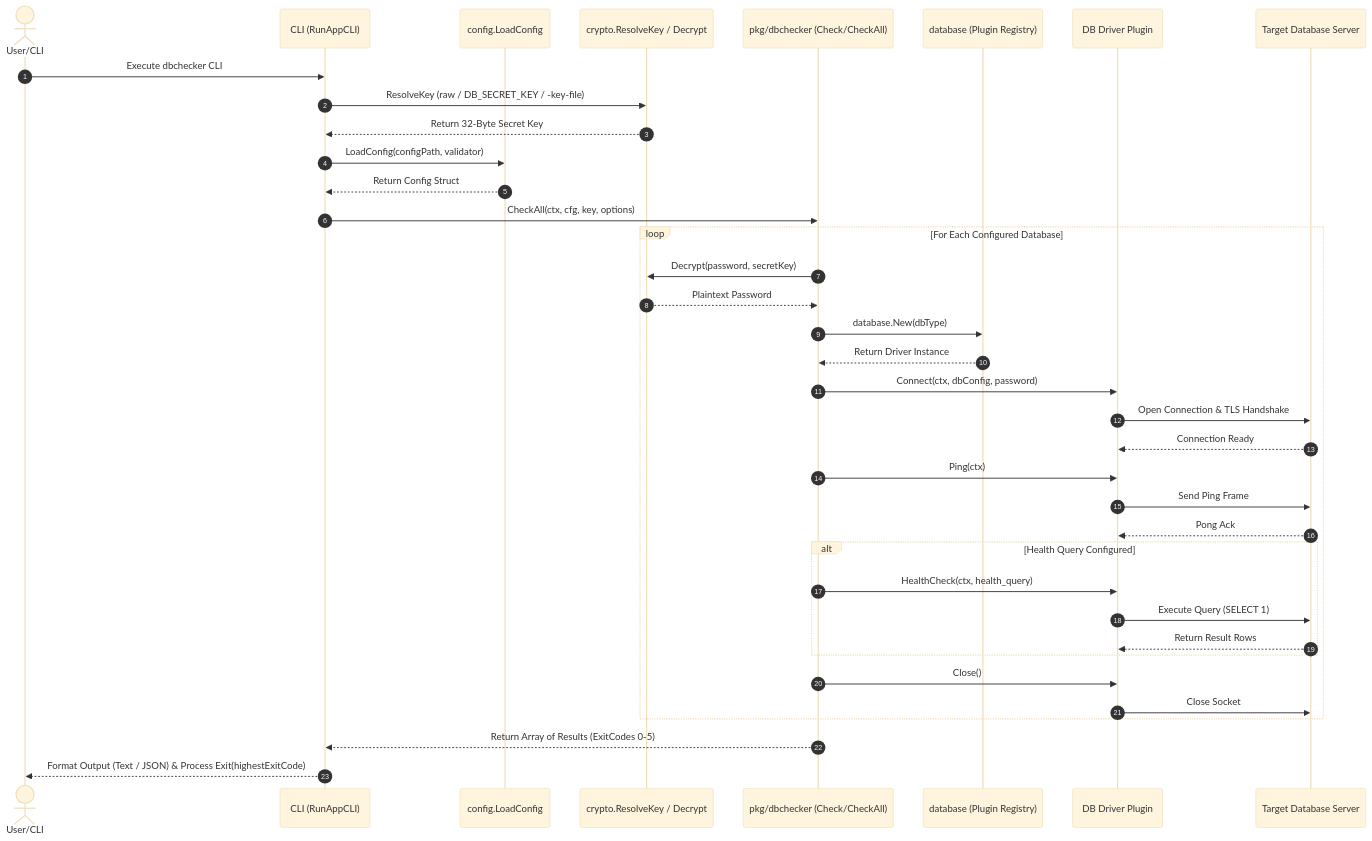
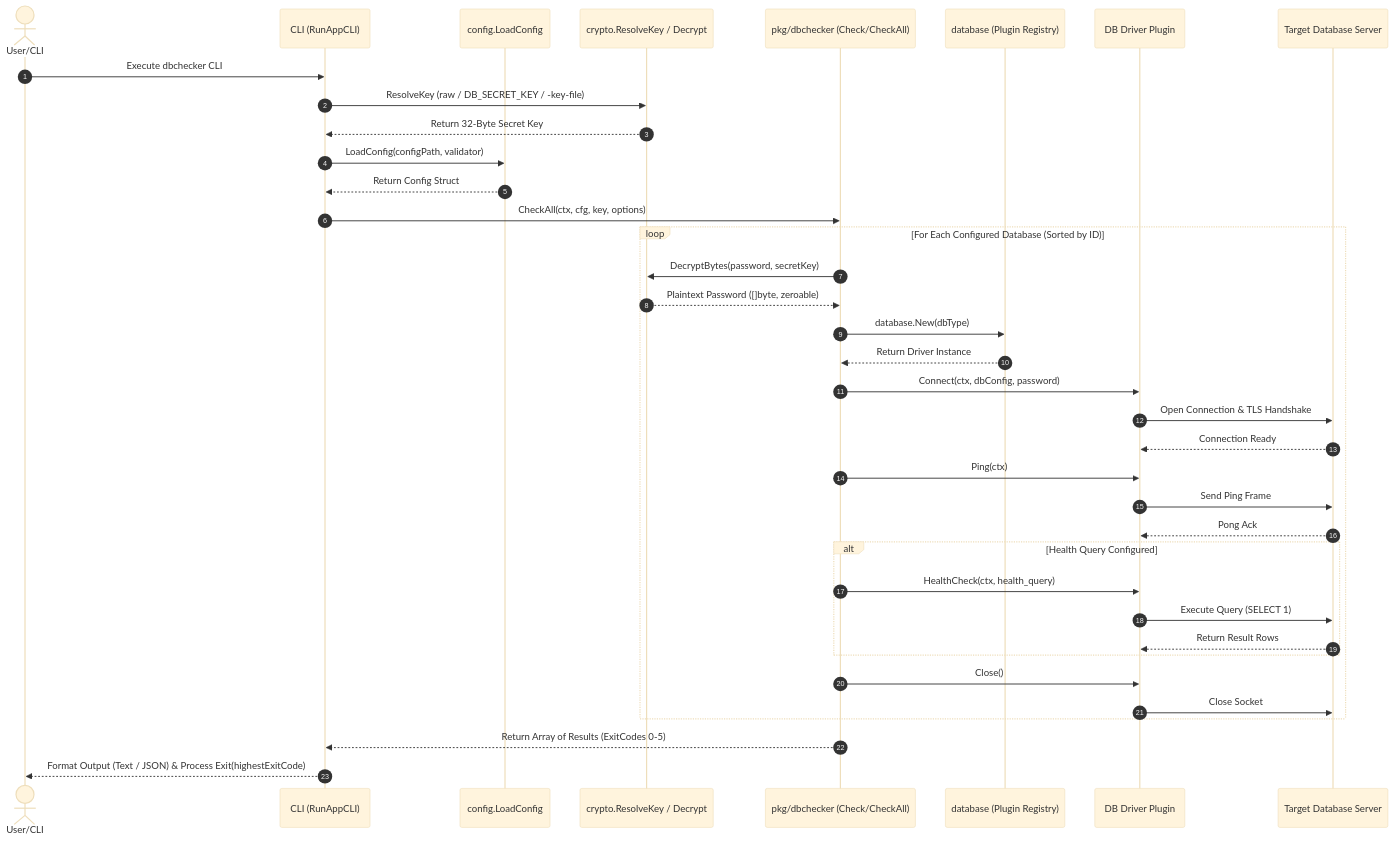
The second of 3 diagrams in ARCHITECTURE.md (edsilegxrepo/dbchecker), drawn with Mermaid (base theme) before and after one commit. The commit also changed other lines of this file and 24 other files, not shown here.

````diff
--- a/ARCHITECTURE.md
+++ b/ARCHITECTURE.md
@@ -117,42 +118,42 @@
 ```mermaid
 sequenceDiagram
     autonumber
     actor User/CLI
     participant Main as CLI (RunAppCLI)
     participant Config as config.LoadConfig
     participant Crypto as crypto.ResolveKey / Decrypt
     participant Library as pkg/dbchecker (Check/CheckAll)
     participant Registry as database (Plugin Registry)
     participant Driver as DB Driver Plugin
     participant DB as Target Database Server
 
     User/CLI->>Main: Execute dbchecker CLI
     Main->>Crypto: ResolveKey (raw / DB_SECRET_KEY / -key-file)
     Crypto-->>Main: Return 32-Byte Secret Key
     Main->>Config: LoadConfig(configPath, validator)
     Config-->>Main: Return Config Struct
     Main->>Library: CheckAll(ctx, cfg, key, options)
     
-    loop For Each Configured Database
-        Library->>Crypto: Decrypt(password, secretKey)
-        Crypto-->>Library: Plaintext Password
+    loop For Each Configured Database (Sorted by ID)
+        Library->>Crypto: DecryptBytes(password, secretKey)
+        Crypto-->>Library: Plaintext Password ([]byte, zeroable)
         Library->>Registry: database.New(dbType)
         Registry-->>Library: Return Driver Instance
         Library->>Driver: Connect(ctx, dbConfig, password)
         Driver->>DB: Open Connection & TLS Handshake
         DB-->>Driver: Connection Ready
         Library->>Driver: Ping(ctx)
         Driver->>DB: Send Ping Frame
         DB-->>Driver: Pong Ack
         alt Health Query Configured
             Library->>Driver: HealthCheck(ctx, health_query)
             Driver->>DB: Execute Query (SELECT 1)
             DB-->>Driver: Return Result Rows
         end
         Library->>Driver: Close()
         Driver->>DB: Close Socket
     end
 
     Library-->>Main: Return Array of Results (ExitCodes 0-5)
     Main-->>User/CLI: Format Output (Text / JSON) & Process Exit(highestExitCode)
 ```
````
